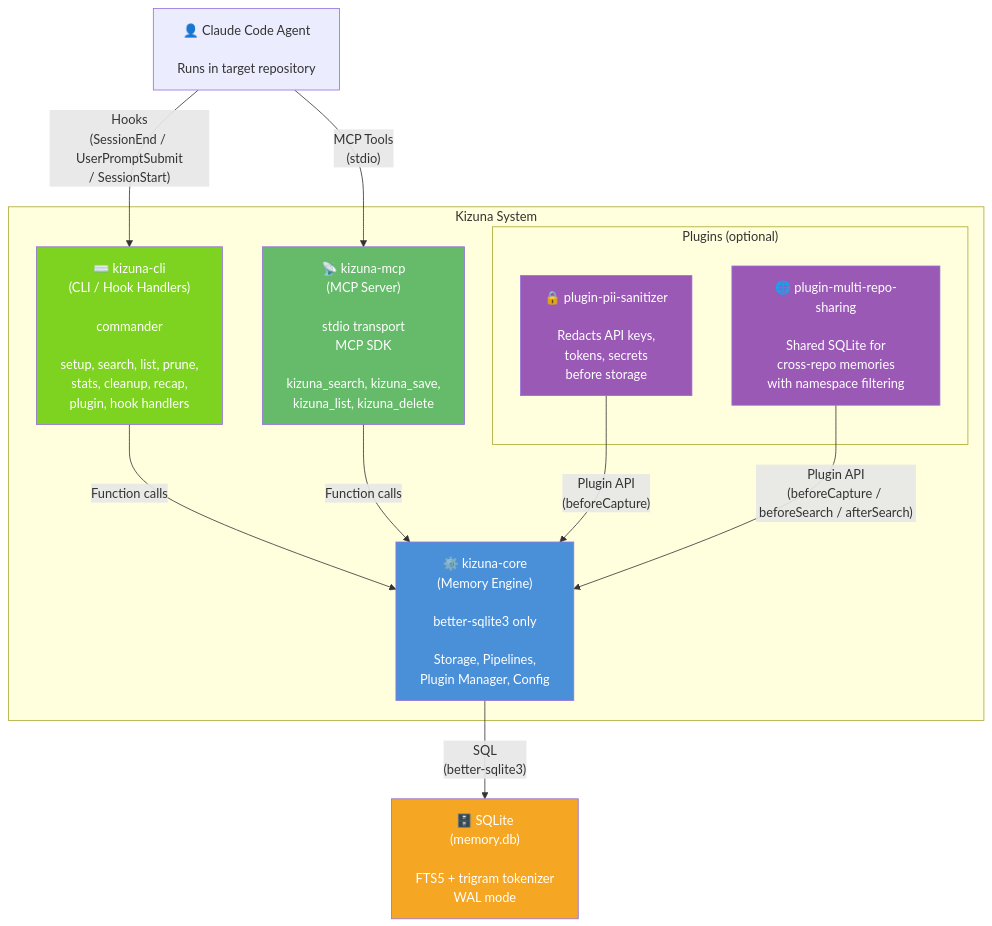
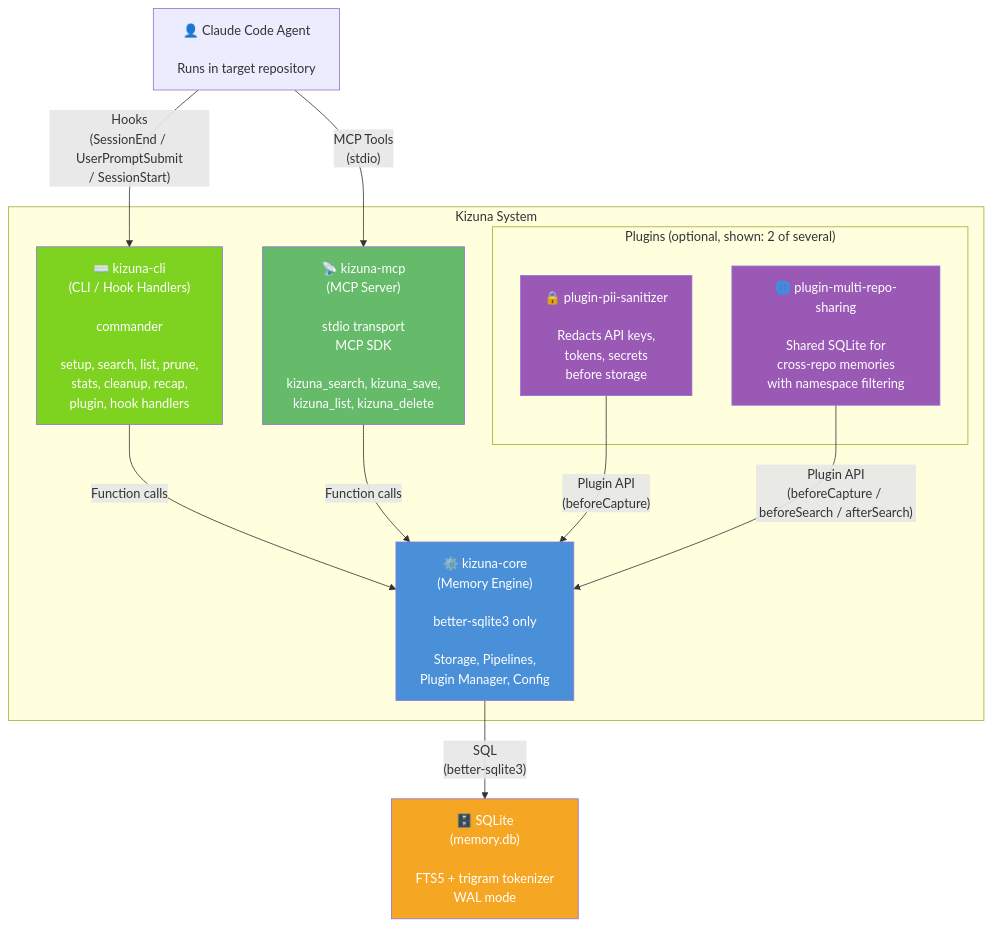
The second of 3 diagrams in docs/architecture/c4-model.md (toshio-shiratori/kizuna), drawn with Mermaid before and after one commit. The commit also changed other lines of this file, not shown here.

Commit message:
docs: note additional plugins in L2 container diagram (#133)

````diff
--- a/docs/architecture/c4-model.md
+++ b/docs/architecture/c4-model.md
@@ -62,34 +62,34 @@
 ```mermaid
 graph TB
     AGENT["👤 Claude Code Agent<br/><br/>Runs in target repository"]
 
     subgraph kizuna_system["Kizuna System"]
         CLI["⌨️ kizuna-cli<br/>(CLI / Hook Handlers)<br/><br/>commander<br/><br/>setup, search, list, prune,<br/>stats, cleanup, recap,<br/>plugin, hook handlers"]
 
         MCP["📡 kizuna-mcp<br/>(MCP Server)<br/><br/>stdio transport<br/>MCP SDK<br/><br/>kizuna_search, kizuna_save,<br/>kizuna_list, kizuna_delete"]
 
         CORE["⚙️ kizuna-core<br/>(Memory Engine)<br/><br/>better-sqlite3 only<br/><br/>Storage, Pipelines,<br/>Plugin Manager, Config"]
 
-        subgraph plugins["Plugins (optional)"]
+        subgraph plugins["Plugins (optional, shown: 2 of several)"]
             PII["🔒 plugin-pii-sanitizer<br/><br/>Redacts API keys,<br/>tokens, secrets<br/>before storage"]
             MULTI["🌐 plugin-multi-repo-sharing<br/><br/>Shared SQLite for<br/>cross-repo memories<br/>with namespace filtering"]
         end
     end
 
     SQLITE["🗄️ SQLite<br/>(memory.db)<br/><br/>FTS5 + trigram tokenizer<br/>WAL mode"]
 
     AGENT -->|"Hooks<br/>(SessionEnd / UserPromptSubmit<br/>/ SessionStart)"| CLI
     AGENT -->|"MCP Tools<br/>(stdio)"| MCP
     CLI -->|"Function calls"| CORE
     MCP -->|"Function calls"| CORE
     PII -->|"Plugin API<br/>(beforeCapture)"| CORE
     MULTI -->|"Plugin API<br/>(beforeCapture / beforeSearch / afterSearch)"| CORE
     CORE -->|"SQL<br/>(better-sqlite3)"| SQLITE
 
     style CLI fill:#7ed321,color:#fff
     style MCP fill:#66bb6a,color:#fff
     style CORE fill:#4a90d9,color:#fff
     style SQLITE fill:#f5a623,color:#fff
     style PII fill:#9b59b6,color:#fff
     style MULTI fill:#9b59b6,color:#fff
 ```
````
